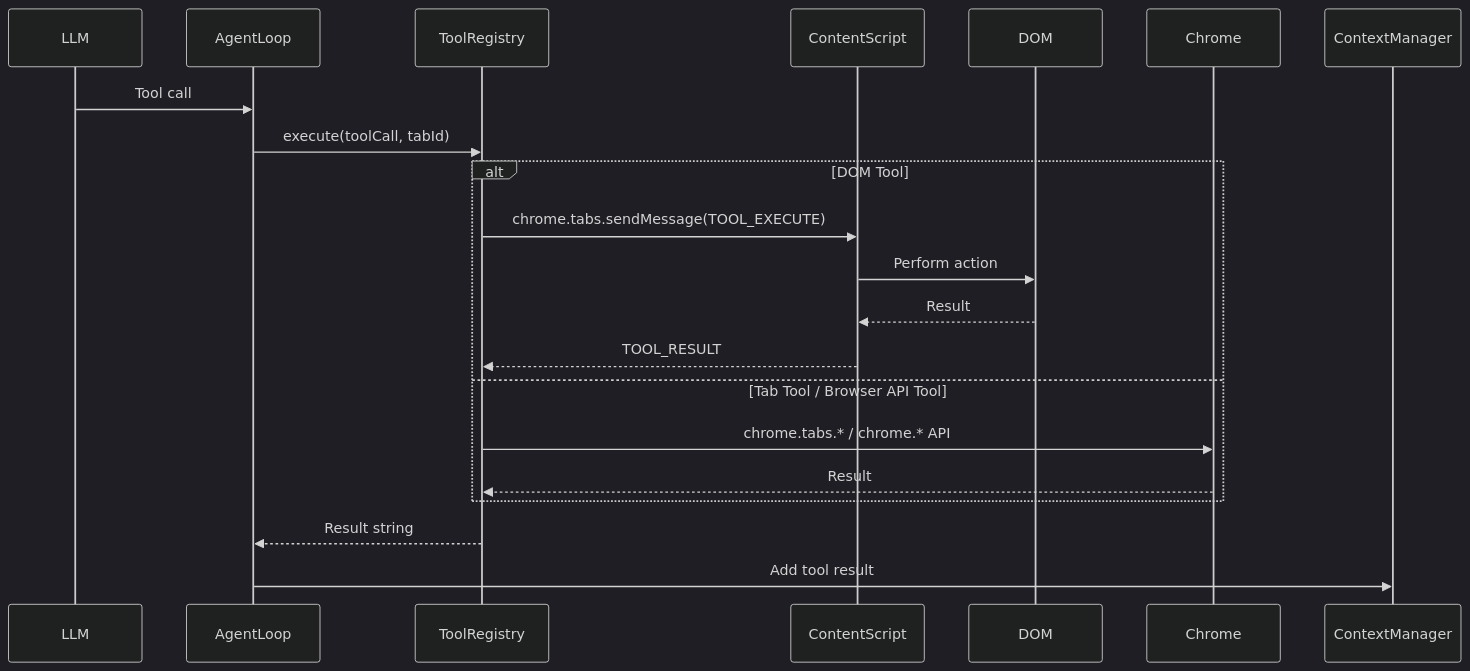
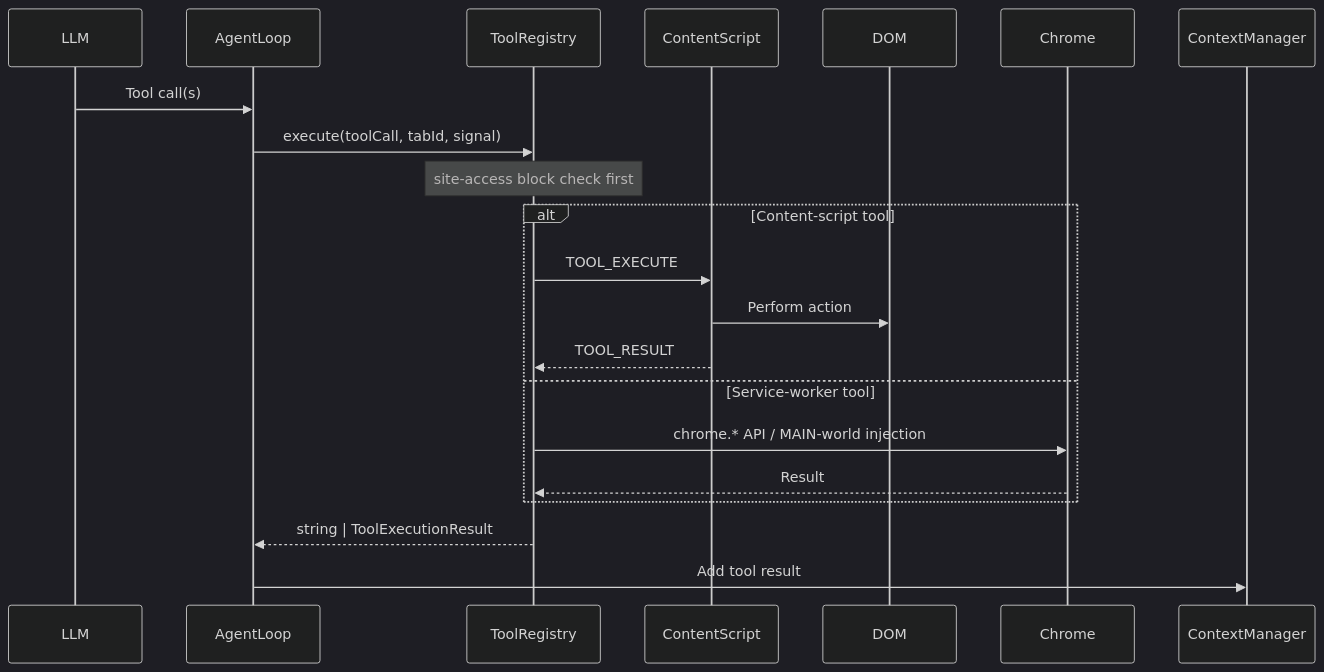
Before and after one commit to krisshkodrani/OpenSidebar: the diagram in docs/architecture/tools.md, drawn with Mermaid (dark theme). The commit also changed other lines of this file and 165 other files, not shown here.

````diff
--- a/docs/architecture/tools.md
+++ b/docs/architecture/tools.md
@@ -78,24 +108,24 @@
 ```mermaid
 sequenceDiagram
     participant LLM
     participant AgentLoop
     participant ToolRegistry
     participant ContentScript
     participant DOM
 
-    LLM->>AgentLoop: Tool call
-    AgentLoop->>ToolRegistry: execute(toolCall, tabId)
+    LLM->>AgentLoop: Tool call(s)
+    AgentLoop->>ToolRegistry: execute(toolCall, tabId, signal)
+    Note over ToolRegistry: site-access block check first
 
-    alt DOM Tool
-        ToolRegistry->>ContentScript: chrome.tabs.sendMessage(TOOL_EXECUTE)
+    alt Content-script tool
+        ToolRegistry->>ContentScript: TOOL_EXECUTE
         ContentScript->>DOM: Perform action
-        DOM-->>ContentScript: Result
         ContentScript-->>ToolRegistry: TOOL_RESULT
-    else Tab Tool / Browser API Tool
-        ToolRegistry->>Chrome: chrome.tabs.* / chrome.* API
+    else Service-worker tool
+        ToolRegistry->>Chrome: chrome.* API / MAIN-world injection
         Chrome-->>ToolRegistry: Result
     end
 
-    ToolRegistry-->>AgentLoop: Result string
+    ToolRegistry-->>AgentLoop: string | ToolExecutionResult
     AgentLoop->>ContextManager: Add tool result
 ```
````
